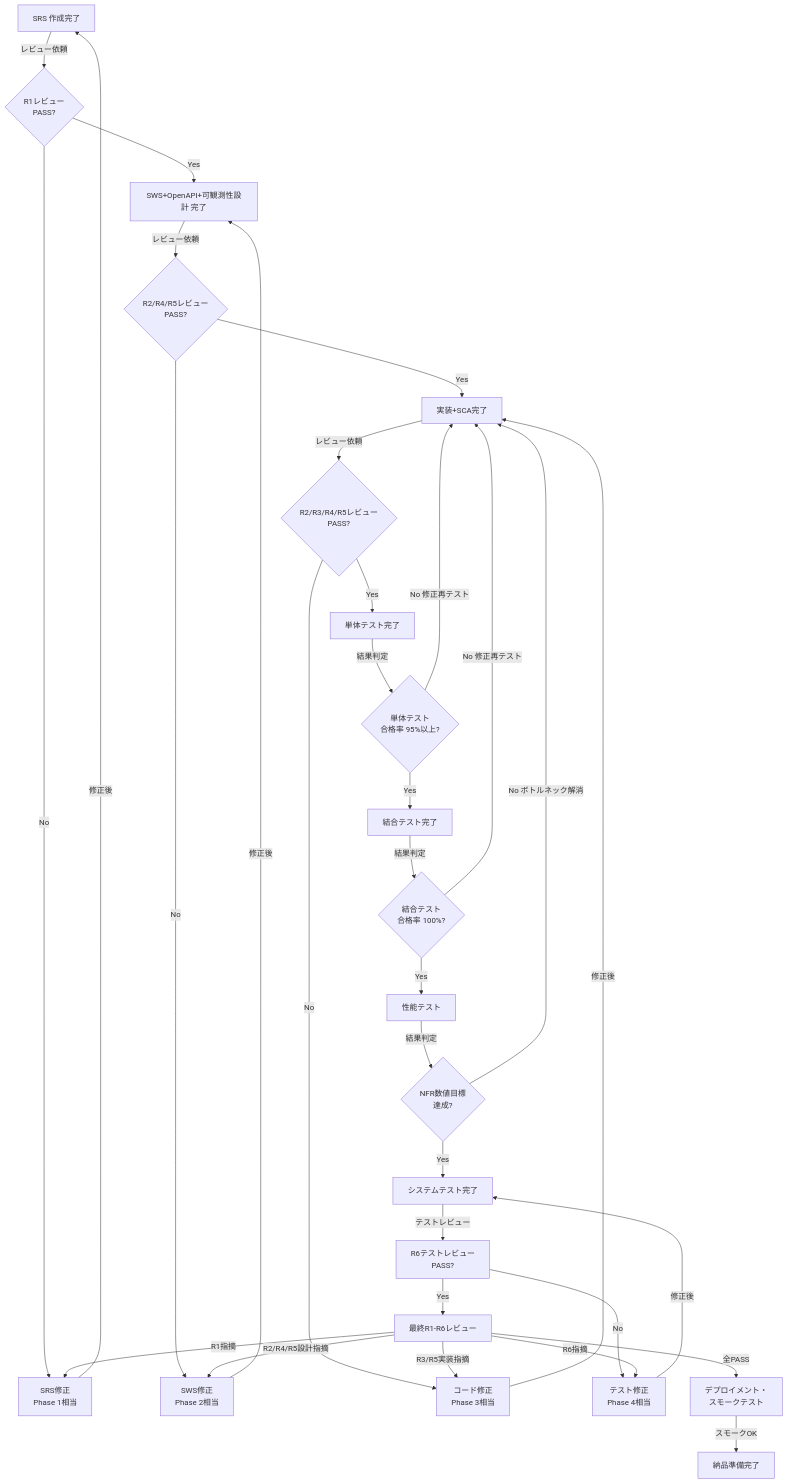
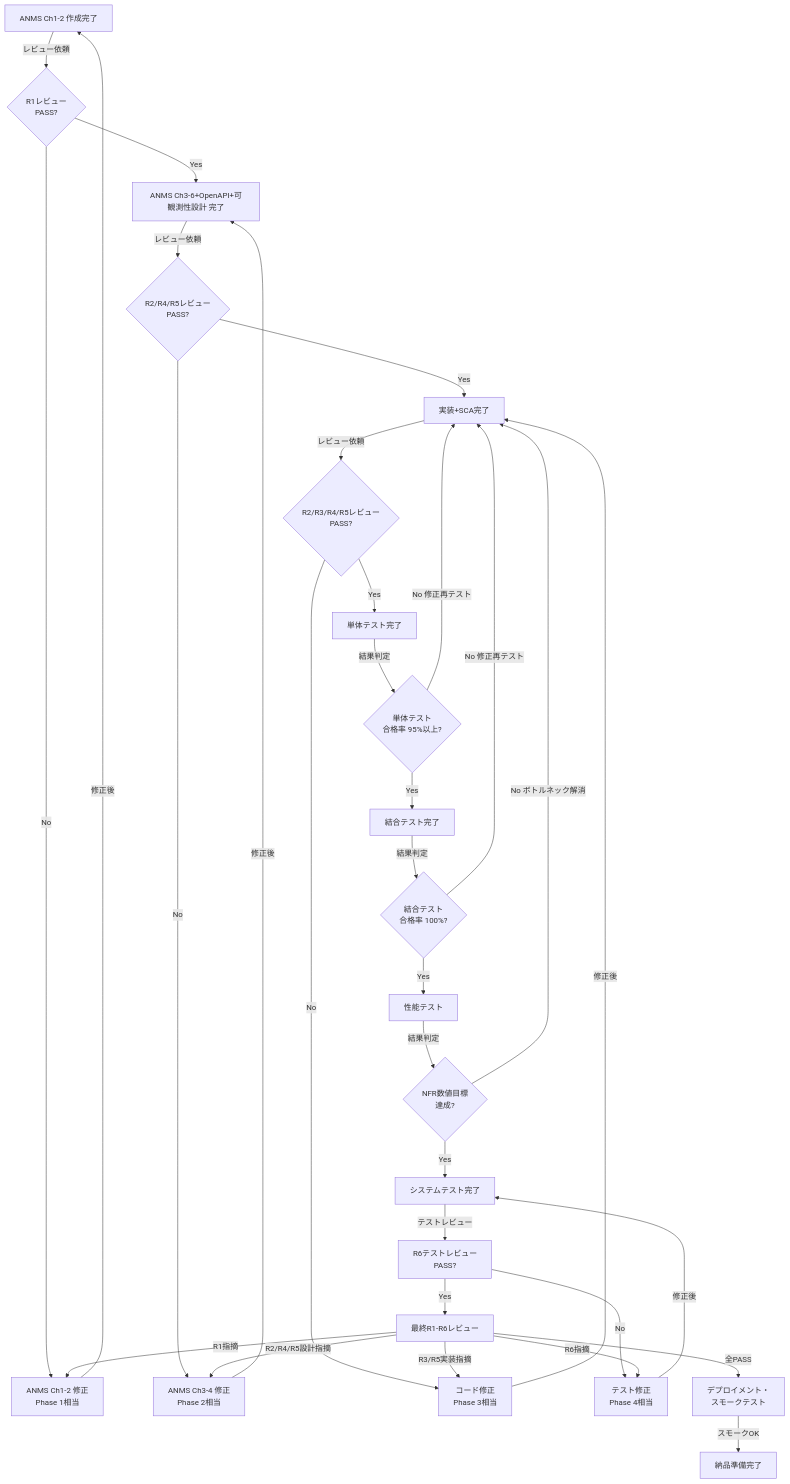
One commit to GoodRelax/claude-code-full-auto-dev changed the ninth of 11 diagrams in claude-code-full-auto-dev-manual.md. Above: the diagram before and after it, drawn with Mermaid. The commit also changed other lines of this file and 29 other files, not shown here.

````diff
--- a/claude-code-full-auto-dev-manual.md
+++ b/claude-code-full-auto-dev-manual.md
@@ -1902,56 +1910,56 @@
 ```mermaid
 flowchart TD
-    SRS["SRS 作成完了"]
-    SRS_Review{"R1レビュー<br/>PASS?"}
-    SWS["SWS+OpenAPI+可観測性設計 完了"]
-    SWS_Review{"R2/R4/R5レビュー<br/>PASS?"}
+    Spec1["ANMS Ch1-2 作成完了"]
+    Spec1_Review{"R1レビュー<br/>PASS?"}
+    Spec2["ANMS Ch3-6+OpenAPI+可観測性設計 完了"]
+    Spec2_Review{"R2/R4/R5レビュー<br/>PASS?"}
     Impl["実装+SCA完了"]
     Code_Review{"R2/R3/R4/R5レビュー<br/>PASS?"}
     UT["単体テスト完了"]
     UT_Gate{"単体テスト<br/>合格率 95%以上?"}
     IT["結合テスト完了"]
     IT_Gate{"結合テスト<br/>合格率 100%?"}
     PerfT["性能テスト"]
     Perf_Gate{"NFR数値目標<br/>達成?"}
     ST["システムテスト完了"]
     TR["R6テストレビュー<br/>PASS?"]
     Final["最終R1-R6レビュー"]
-    R1Fail["SRS修正<br/>Phase 1相当"]
-    R2Fail["SWS修正<br/>Phase 2相当"]
+    R1Fail["ANMS Ch1-2 修正<br/>Phase 1相当"]
+    R2Fail["ANMS Ch3-4 修正<br/>Phase 2相当"]
     R3Fail["コード修正<br/>Phase 3相当"]
     R6Fail["テスト修正<br/>Phase 4相当"]
     Deploy["デプロイメント・<br/>スモークテスト"]
     Done["納品準備完了"]
 
-    SRS -->|"レビュー依頼"| SRS_Review
-    SRS_Review -->|"Yes"| SWS
-    SRS_Review -->|"No"| R1Fail
-    R1Fail -->|"修正後"| SRS
-    SWS -->|"レビュー依頼"| SWS_Review
-    SWS_Review -->|"Yes"| Impl
-    SWS_Review -->|"No"| R2Fail
-    R2Fail -->|"修正後"| SWS
+    Spec1 -->|"レビュー依頼"| Spec1_Review
+    Spec1_Review -->|"Yes"| Spec2
+    Spec1_Review -->|"No"| R1Fail
+    R1Fail -->|"修正後"| Spec1
+    Spec2 -->|"レビュー依頼"| Spec2_Review
+    Spec2_Review -->|"Yes"| Impl
+    Spec2_Review -->|"No"| R2Fail
+    R2Fail -->|"修正後"| Spec2
     Impl -->|"レビュー依頼"| Code_Review
     Code_Review -->|"Yes"| UT
     Code_Review -->|"No"| R3Fail
     R3Fail -->|"修正後"| Impl
     UT -->|"結果判定"| UT_Gate
     UT_Gate -->|"Yes"| IT
     UT_Gate -->|"No 修正再テスト"| Impl
     IT -->|"結果判定"| IT_Gate
     IT_Gate -->|"Yes"| PerfT
     IT_Gate -->|"No 修正再テスト"| Impl
     PerfT -->|"結果判定"| Perf_Gate
     Perf_Gate -->|"Yes"| ST
     Perf_Gate -->|"No ボトルネック解消"| Impl
     ST -->|"テストレビュー"| TR
     TR -->|"Yes"| Final
     TR -->|"No"| R6Fail
     R6Fail -->|"修正後"| ST
     Final -->|"R1指摘"| R1Fail
     Final -->|"R2/R4/R5設計指摘"| R2Fail
     Final -->|"R3/R5実装指摘"| R3Fail
     Final -->|"R6指摘"| R6Fail
     Final -->|"全PASS"| Deploy
     Deploy -->|"スモークOK"| Done
 ```
````
